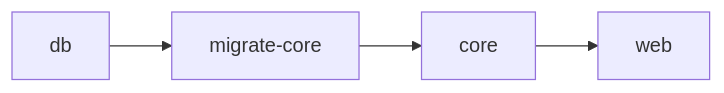
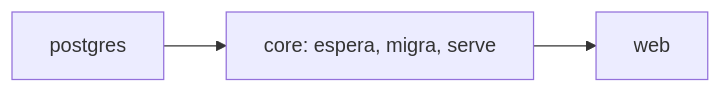
One commit to healthdevio/projeto-itia-dois changed the third of 4 diagrams in docs/ci_cd/deploy.md. Above: the diagram before and after it, drawn with Mermaid. The commit also changed other lines of this file and 10 other files, not shown here.

````diff
--- a/docs/ci_cd/deploy.md
+++ b/docs/ci_cd/deploy.md
@@ -93,4 +75,4 @@
 ```mermaid
 flowchart LR
-    D[db] --> M[migrate-core] --> C[core] --> W[web]
+    P[postgres] --> C[core: espera, migra, serve] --> W[web]
 ```
````
